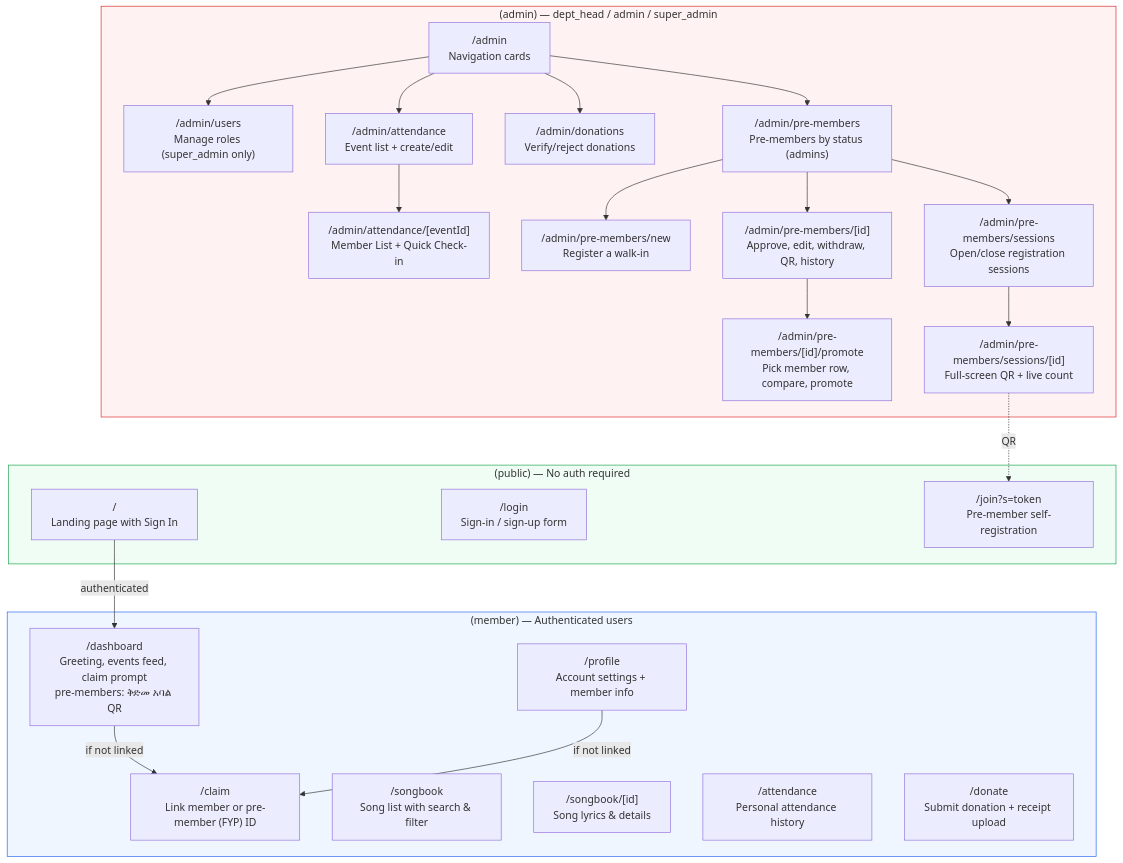
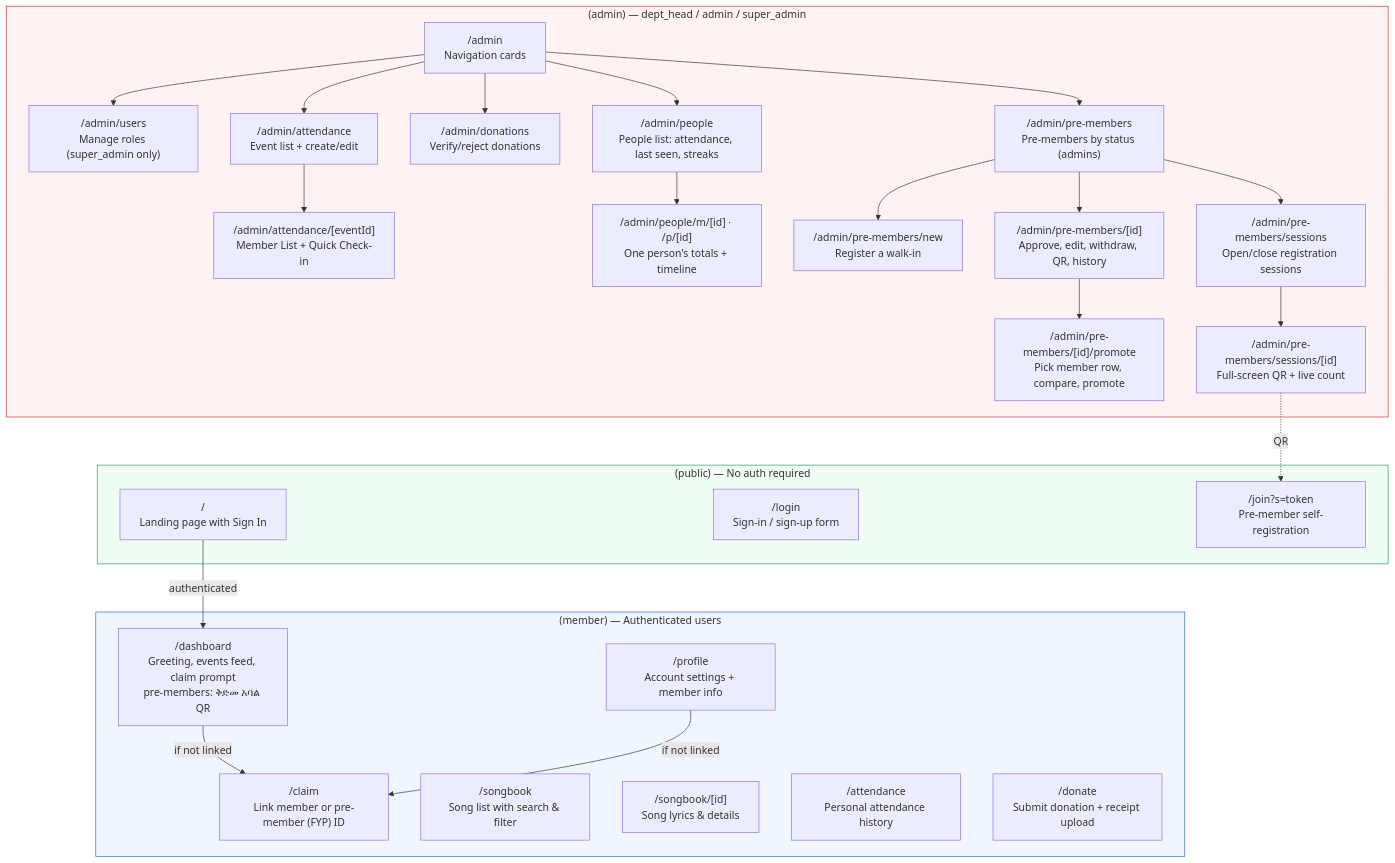
One commit to Hossiy21/felege-yordanos-app changed the first of 4 diagrams in docs/routes.md. Above: the diagram before and after it, drawn with Mermaid. The commit also changed other lines of this file and 25 other files, not shown here.

First line of the commit message:
feat(attendance): per-person attendance page and people list (#126)

````diff
--- a/docs/routes.md
+++ b/docs/routes.md
@@ -5,51 +5,55 @@
 ```mermaid
 graph TD
     subgraph PUBLIC["(public) — No auth required"]
         LANDING["/<br/>Landing page with Sign In"]
         LOGIN["/login<br/>Sign-in / sign-up form"]
         JOIN["/join?s=token<br/>Pre-member self-registration"]
     end
 
     subgraph MEMBER["(member) — Authenticated users"]
         DASHBOARD["/dashboard<br/>Greeting, events feed, claim prompt<br/>pre-members: ቅድመ አባል QR"]
         CLAIM["/claim<br/>Link member or pre-member (FYP) ID"]
         PROFILE["/profile<br/>Account settings + member info"]
         SONGBOOK["/songbook<br/>Song list with search & filter"]
         SONG_DETAIL["/songbook/[id]<br/>Song lyrics & details"]
         ATTENDANCE["/attendance<br/>Personal attendance history"]
         DONATE["/donate<br/>Submit donation + receipt upload"]
     end
 
     subgraph ADMIN["(admin) — dept_head / admin / super_admin"]
         ADMIN_HOME["/admin<br/>Navigation cards"]
         ADMIN_USERS["/admin/users<br/>Manage roles (super_admin only)"]
         ADMIN_ATTENDANCE["/admin/attendance<br/>Event list + create/edit"]
         ADMIN_CHECKIN["/admin/attendance/[eventId]<br/>Member List + Quick Check-in"]
         ADMIN_DONATIONS["/admin/donations<br/>Verify/reject donations"]
+        ADMIN_PEOPLE["/admin/people<br/>People list: attendance, last seen, streaks"]
+        ADMIN_PERSON["/admin/people/m/[id] · /p/[id]<br/>One person's totals + timeline"]
         ADMIN_PRE["/admin/pre-members<br/>Pre-members by status (admins)"]
         ADMIN_PRE_NEW["/admin/pre-members/new<br/>Register a walk-in"]
         ADMIN_PRE_ID["/admin/pre-members/[id]<br/>Approve, edit, withdraw, QR, history"]
         ADMIN_PRE_PROMOTE["/admin/pre-members/[id]/promote<br/>Pick member row, compare, promote"]
         ADMIN_PRE_SESSIONS["/admin/pre-members/sessions<br/>Open/close registration sessions"]
         ADMIN_PRE_SESSION["/admin/pre-members/sessions/[id]<br/>Full-screen QR + live count"]
     end
 
     LANDING -->|authenticated| DASHBOARD
     DASHBOARD -->|if not linked| CLAIM
     PROFILE -->|if not linked| CLAIM
     ADMIN_HOME --> ADMIN_ATTENDANCE
     ADMIN_HOME --> ADMIN_DONATIONS
     ADMIN_HOME --> ADMIN_USERS
     ADMIN_ATTENDANCE --> ADMIN_CHECKIN
+    ADMIN_HOME --> ADMIN_PEOPLE
+    ADMIN_PEOPLE --> ADMIN_PERSON
     ADMIN_HOME --> ADMIN_PRE
     ADMIN_PRE --> ADMIN_PRE_NEW
     ADMIN_PRE --> ADMIN_PRE_ID
     ADMIN_PRE_ID --> ADMIN_PRE_PROMOTE
     ADMIN_PRE --> ADMIN_PRE_SESSIONS
     ADMIN_PRE_SESSIONS --> ADMIN_PRE_SESSION
     ADMIN_PRE_SESSION -.->|QR| JOIN
 
     style PUBLIC fill:#f0fdf4,stroke:#16a34a
     style MEMBER fill:#eff6ff,stroke:#2563eb
     style ADMIN fill:#fef2f2,stroke:#dc2626
 ```
````
